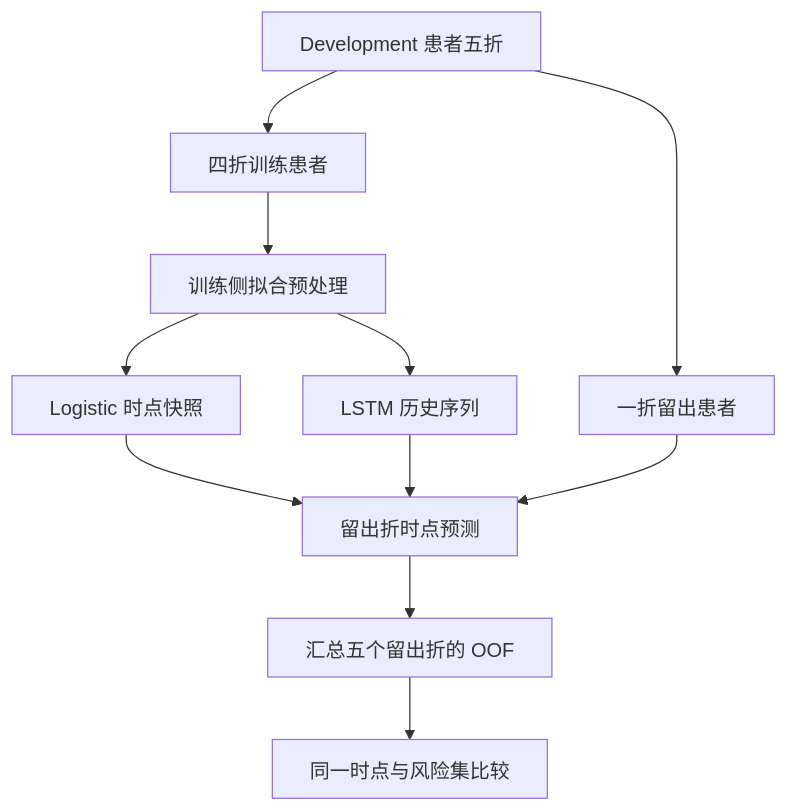
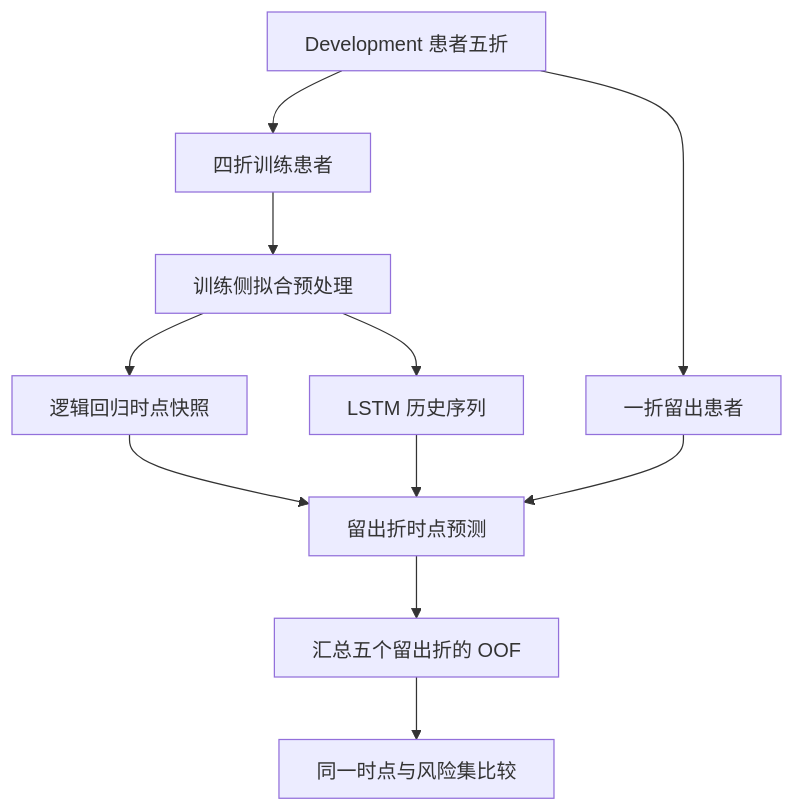
One commit to huhu-0026/icu-outcomes-analytics changed the first of 2 diagrams in docs/public/model_development.md. Above: the diagram before and after it, drawn with Mermaid. The commit also changed other lines of this file and 11 other files, not shown here.

````diff
--- a/docs/public/model_development.md
+++ b/docs/public/model_development.md
@@ -30,16 +11,16 @@
 ```mermaid
 %%{init: {"htmlLabels": false, "flowchart": {"htmlLabels": false}}}%%
 flowchart TB
-  accTitle: v03 患者五折基线比较
+  accTitle: 逻辑回归与 LSTM 的患者级五折比较
   accDescr: 在每折训练侧拟合预处理和模型，汇总留出患者的 Logistic 与 LSTM 预测。
   development["Development 患者五折"] --> training["四折训练患者"]
   development --> holdout["一折留出患者"]
   training --> preprocess["训练侧拟合预处理"]
-  preprocess --> logistic["Logistic 时点快照"]
+  preprocess --> logistic["逻辑回归时点快照"]
   preprocess --> lstm["LSTM 历史序列"]
   logistic --> predict["留出折时点预测"]
   lstm --> predict
   holdout --> predict
   predict --> oof["汇总五个留出折的 OOF"]
   oof --> compare["同一时点与风险集比较"]
 ```
````
